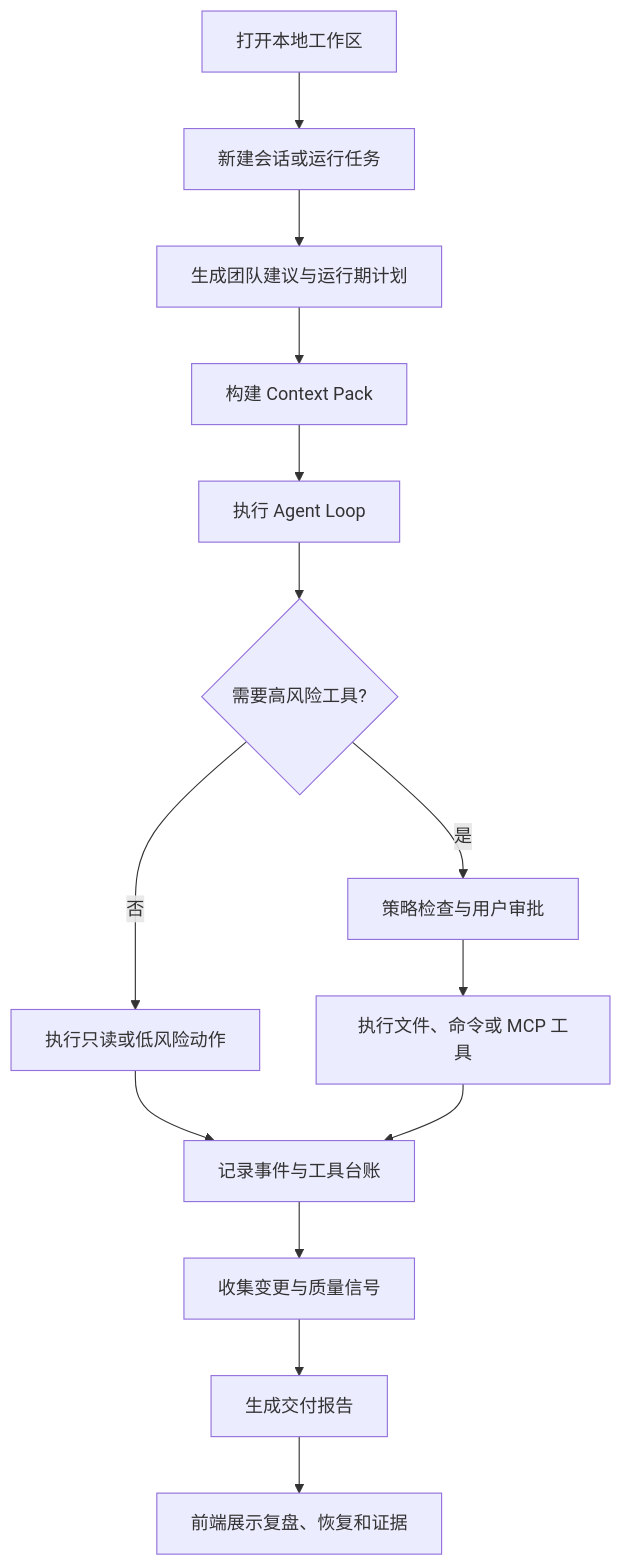
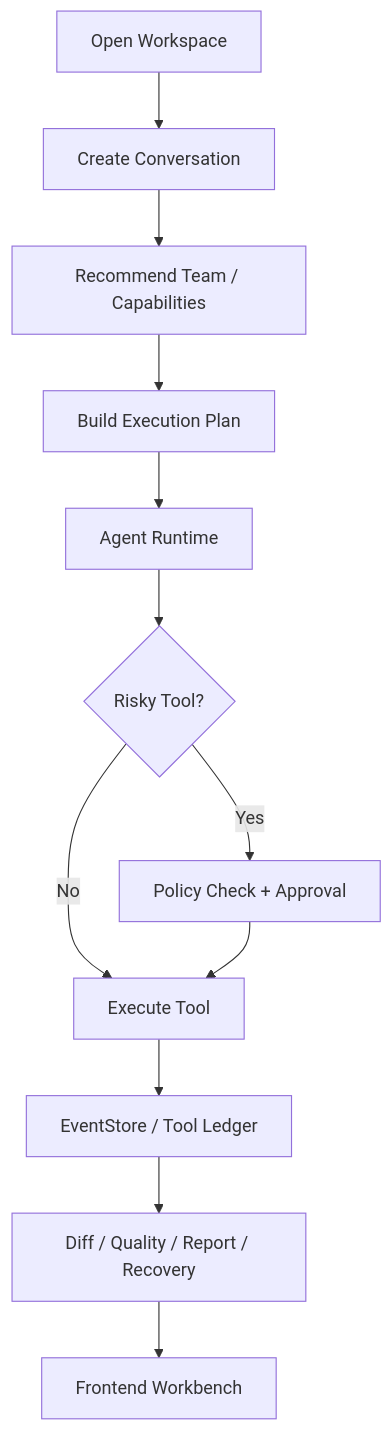
The diagram in README.md (MagicalLiHua/nanoCursor), drawn with Mermaid before and after one commit. The commit also changed other lines of this file and 38 other files, not shown here.

````diff
--- a/README.md
+++ b/README.md
@@ -107,16 +66,14 @@
 ```mermaid
 flowchart TD
-    A["打开本地工作区"] --> B["新建会话或运行任务"]
-    B --> C["生成团队建议与运行期计划"]
-    C --> D["构建 Context Pack"]
-    D --> E["执行 Agent Loop"]
-    E --> F{"需要高风险工具?"}
-    F -- "是" --> G["策略检查与用户审批"]
-    F -- "否" --> H["执行只读或低风险动作"]
-    G --> I["执行文件、命令或 MCP 工具"]
-    H --> J["记录事件与工具台账"]
-    I --> J
-    J --> K["收集变更与质量信号"]
-    K --> L["生成交付报告"]
-    L --> M["前端展示复盘、恢复和证据"]
+    A["Open Workspace"] --> B["Create Conversation"]
+    B --> C["Recommend Team / Capabilities"]
+    C --> D["Build Execution Plan"]
+    D --> E["Agent Runtime"]
+    E --> F{"Risky Tool?"}
+    F -- "Yes" --> G["Policy Check + Approval"]
+    F -- "No" --> H["Execute Tool"]
+    G --> H
+    H --> I["EventStore / Tool Ledger"]
+    I --> J["Diff / Quality / Report / Recovery"]
+    J --> K["Frontend Workbench"]
 ```
````
